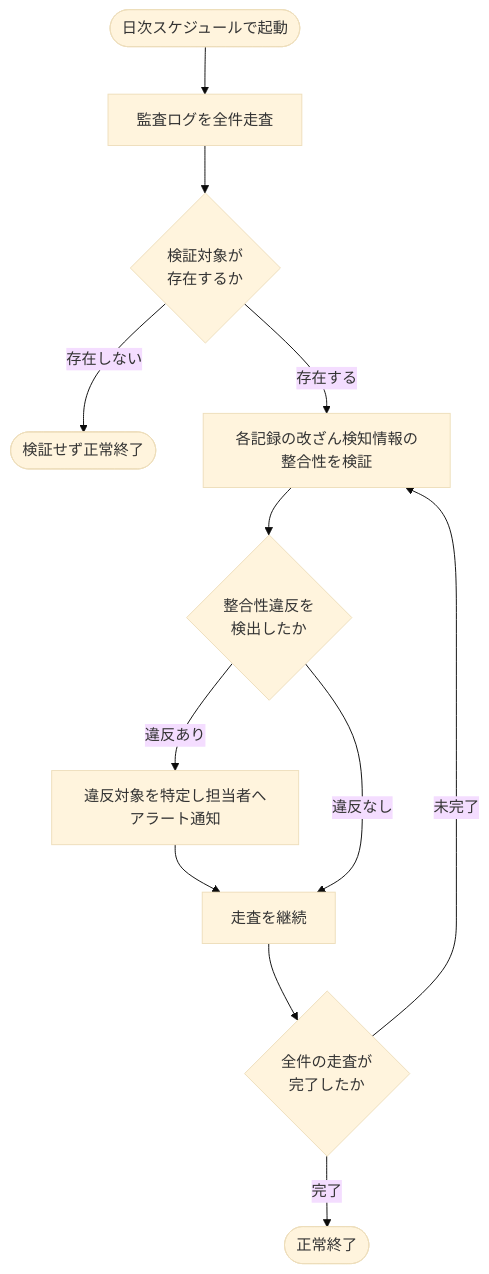
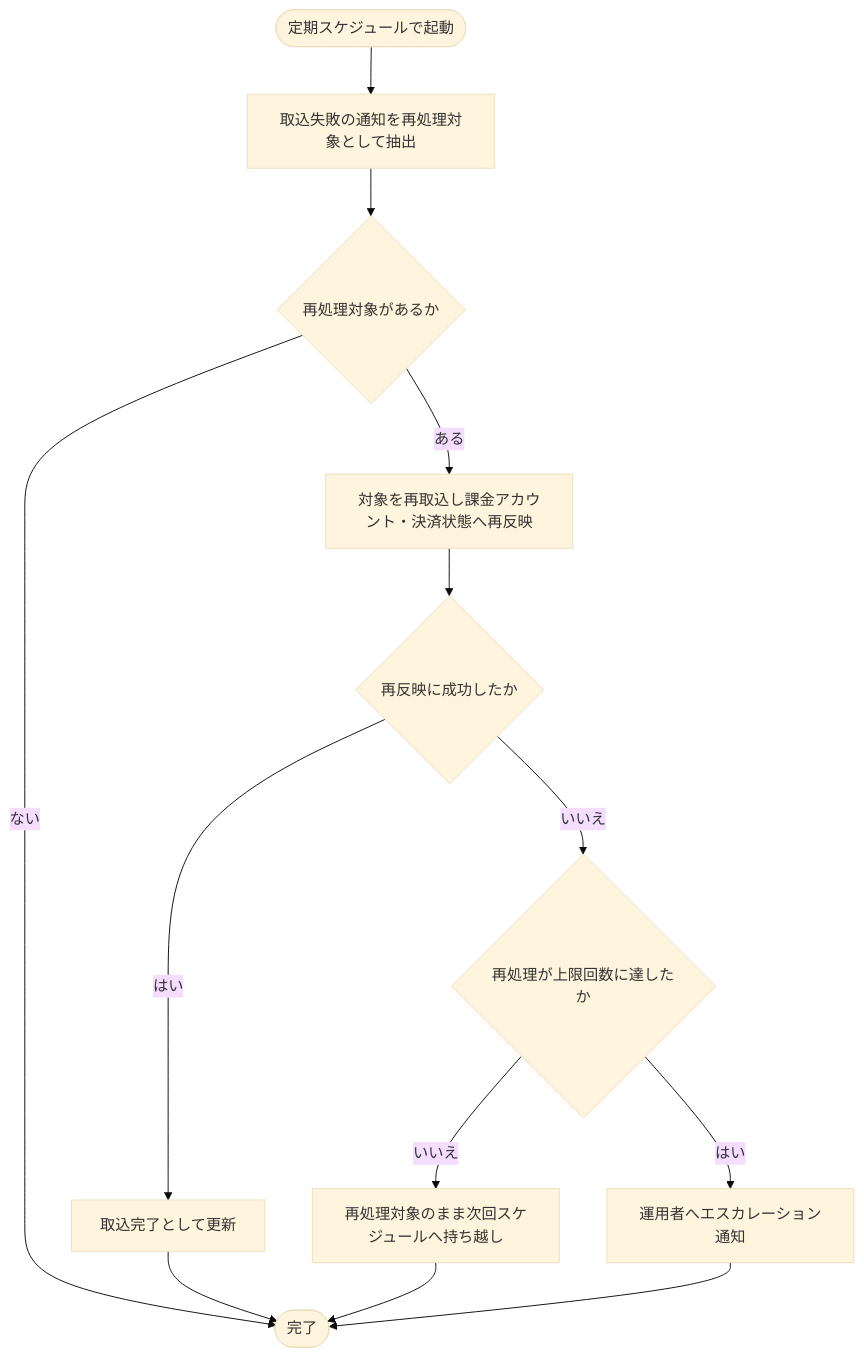
Before and after one commit to sikakou54/open-faq: the diagram in 02_basic_design/02_backend/01_system/SYS-033.md, drawn with Mermaid (base theme). The commit also changed other lines of this file and 395 other files, not shown here.

````diff
--- a/02_basic_design/02_backend/01_system/SYS-033.md
+++ b/02_basic_design/02_backend/01_system/SYS-033.md
@@ -27,14 +26,15 @@
 ```mermaid
 flowchart TB
-  S([日次スケジュールで起動]) --> A[監査ログを全件走査]
-  A --> B{検証対象が<br/>存在するか}
-  B -- 存在しない --> Z([検証せず正常終了])
-  B -- 存在する --> C[各記録の改ざん検知情報の整合性を検証]
-  C --> D{整合性違反を<br/>検出したか}
-  D -- 違反あり --> E[違反対象を特定し担当者へアラート通知]
-  E --> F[走査を継続]
-  D -- 違反なし --> F
-  F --> G{全件の走査が<br/>完了したか}
-  G -- 未完了 --> C
-  G -- 完了 --> H([正常終了])
+  S([定期スケジュールで起動]) --> A[取込失敗の通知を再処理対象として抽出]
+  A --> B{再処理対象があるか}
+  B -- ない --> Z([完了])
+  B -- ある --> C[対象を再取込し課金アカウント・決済状態へ再反映]
+  C --> D{再反映に成功したか}
+  D -- はい --> E[取込完了として更新]
+  E --> Z
+  D -- いいえ --> F{再処理が上限回数に達したか}
+  F -- いいえ --> G[再処理対象のまま次回スケジュールへ持ち越し]
+  G --> Z
+  F -- はい --> H[運用者へエスカレーション通知]
+  H --> Z
 ```
````
